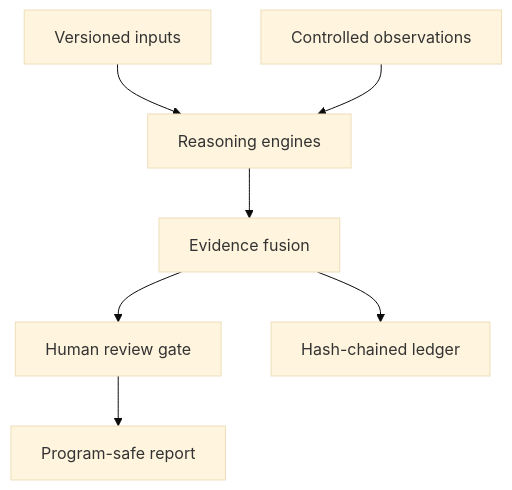
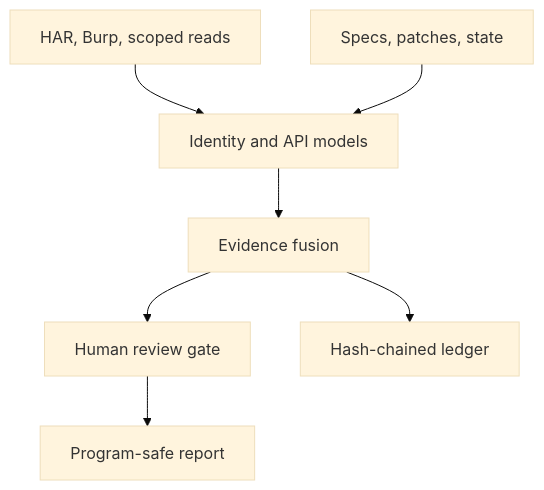
The diagram in README.md (MEZ111/barq-crs), drawn with Mermaid (base theme) before and after one commit. The commit also changed other lines of this file and 24 other files, not shown here.

````diff
--- a/README.md
+++ b/README.md
@@ -41,9 +45,9 @@
 ```mermaid
 flowchart TD
-    A["Versioned inputs"] --> B["Reasoning engines"]
-    C["Controlled observations"] --> B
+    A["HAR, Burp, scoped reads"] --> B["Identity and API models"]
+    C["Specs, patches, state"] --> B
     B --> D["Evidence fusion"]
     D --> E["Human review gate"]
     E --> F["Program-safe report"]
     D --> G["Hash-chained ledger"]
 ```
````
